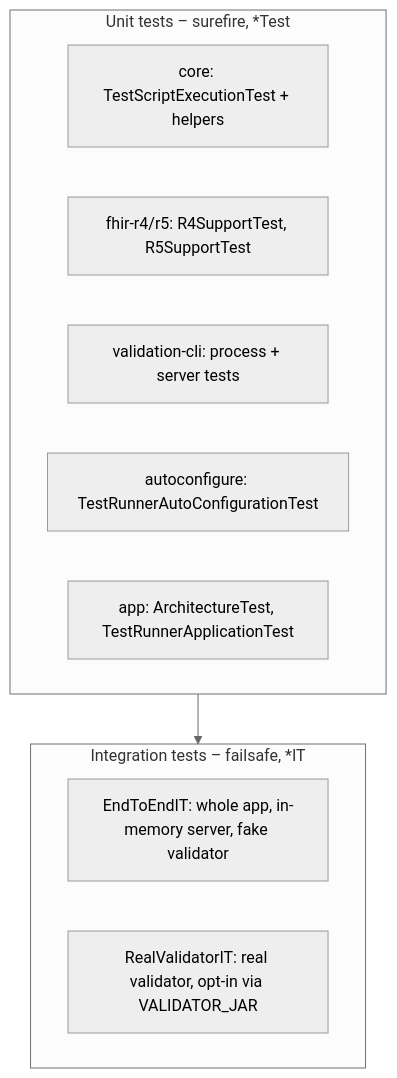
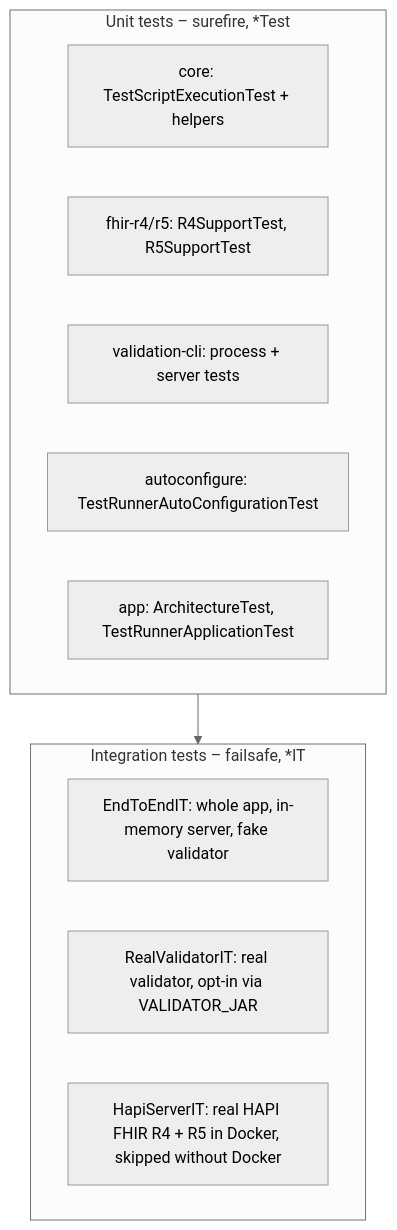
One commit to mratzenb/FHIR-TestRunner changed the diagram in docs/wiki/build-and-test.md. Above: the diagram before and after it, drawn with Mermaid (neutral theme). The commit also changed other lines of this file and 8 other files, not shown here.

First line of the commit message:
Test the samples against a real HAPI FHIR server

````diff
--- a/docs/wiki/build-and-test.md
+++ b/docs/wiki/build-and-test.md
@@ -44,15 +46,16 @@
 ```mermaid
 flowchart TB
     subgraph unit["Unit tests – surefire, *Test"]
         u1["core: TestScriptExecutionTest + helpers"]
         u2["fhir-r4/r5: R4SupportTest, R5SupportTest"]
         u3["validation-cli: process + server tests"]
         u4["autoconfigure: TestRunnerAutoConfigurationTest"]
         u5["app: ArchitectureTest, TestRunnerApplicationTest"]
     end
     subgraph it["Integration tests – failsafe, *IT"]
         i1["EndToEndIT: whole app, in-memory server, fake validator"]
         i2["RealValidatorIT: real validator, opt-in via VALIDATOR_JAR"]
+        i3["HapiServerIT: real HAPI FHIR R4 + R5 in Docker, skipped without Docker"]
     end
     unit --> it
 ```
````
